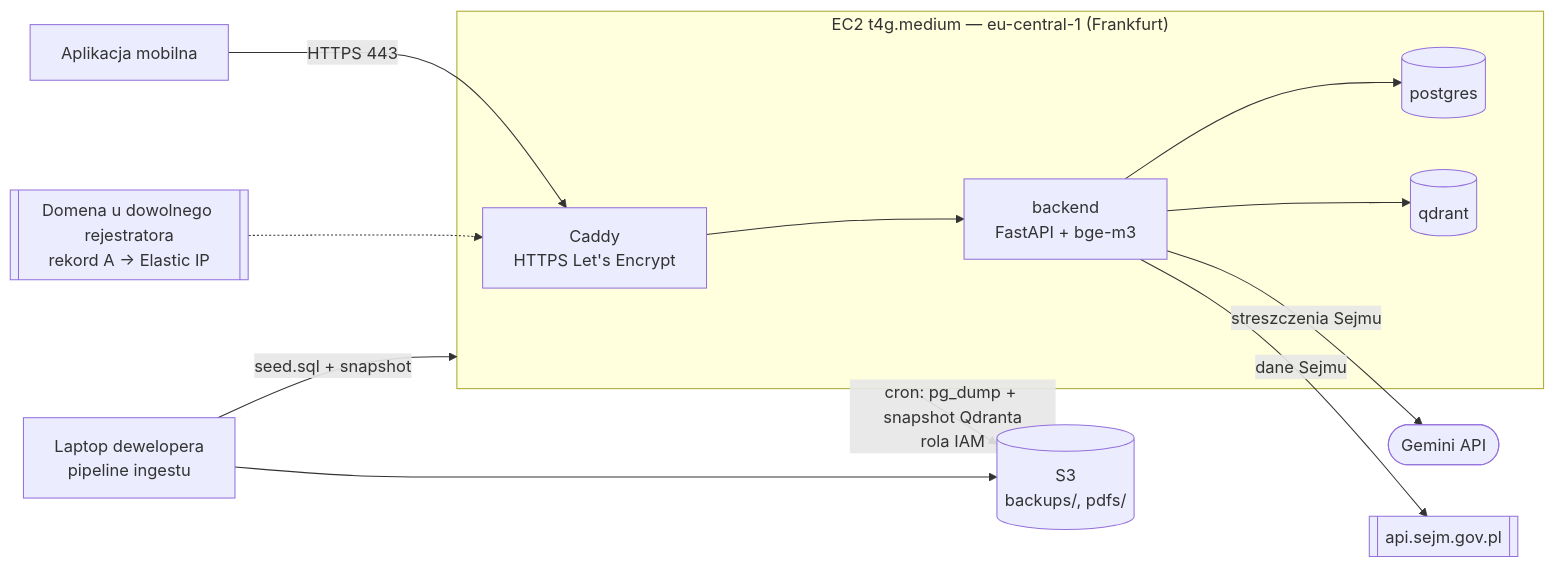
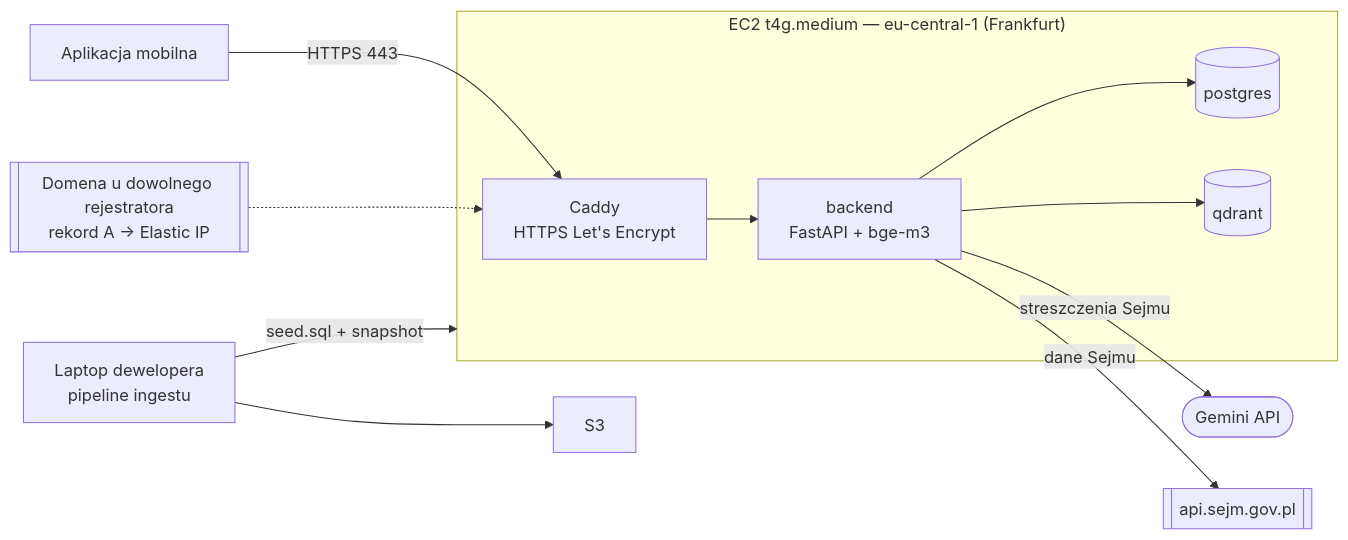
One commit to ProsteFakty/context changed the second of 2 diagrams in docs/dane.md. Above: the diagram before and after it, drawn with Mermaid. The commit also changed other lines of this file, not shown here.

````diff
--- a/docs/dane.md
+++ b/docs/dane.md
@@ -42,18 +39,17 @@
 ```mermaid
 flowchart LR
     APP["Aplikacja mobilna"] -->|HTTPS 443| CADDY
 
     subgraph EC2["EC2 t4g.medium — eu-central-1 (Frankfurt)"]
         CADDY["Caddy<br/>HTTPS Let's Encrypt"] --> BE["backend<br/>FastAPI + bge-m3"]
         BE --> PG[("postgres")]
         BE --> QD[("qdrant")]
     end
 
     DNS[["Domena u dowolnego rejestratora<br/>rekord A → Elastic IP"]] -.-> CADDY
     BE -->|streszczenia Sejmu| GEM(["Gemini API"])
     BE -->|dane Sejmu| SEJM[["api.sejm.gov.pl"]]
-    EC2 -->|cron: pg_dump + snapshot Qdranta<br/>rola IAM| S3[("S3<br/>backups/, pdfs/")]
 
     DEV["Laptop dewelopera<br/>pipeline ingestu"] -->|seed.sql + snapshot| EC2
     DEV --> S3
 ```
````
